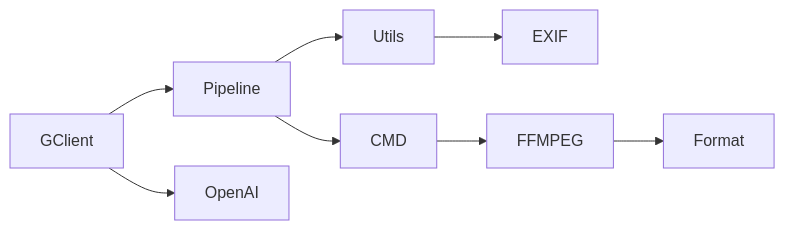
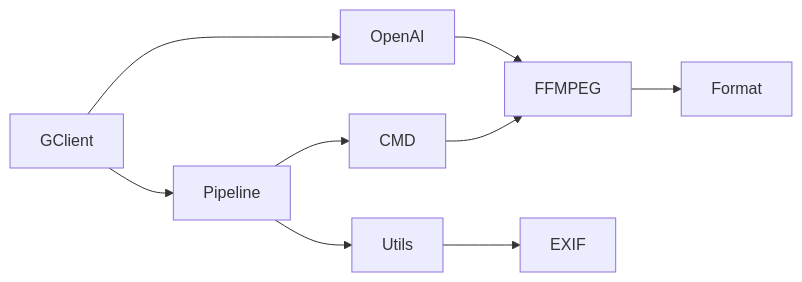
The diagram in README.md (rodlopg/VGC), drawn with Mermaid before and after one commit.

Commit message:
Learning a bit about mermaid and flowcharts

````diff
--- a/README.md
+++ b/README.md
@@ -82,10 +82,11 @@
 ```mermaid
 graph LR
     GClient --> Pipeline
     GClient --> OpenAI
+    OpenAI --> FFMPEG
     Pipeline --> CMD
     Pipeline --> Utils
     Utils --> EXIF
     CMD --> FFMPEG
     FFMPEG --> Format
 ```
````
